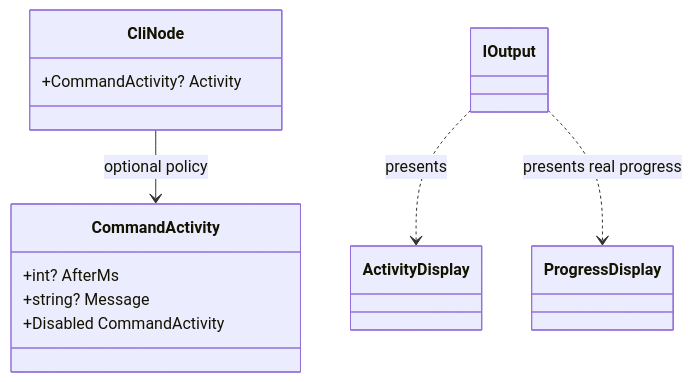
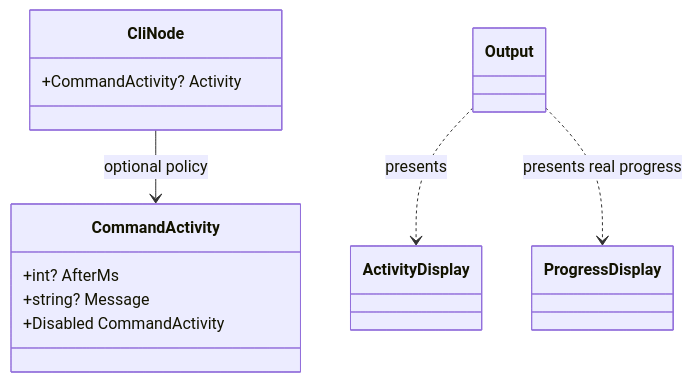
One commit to R3Neer/R3CLI changed the diagram in docs/command-system/automatic-activity.md. Above: the diagram before and after it, drawn with Mermaid. The commit also changed 52 other files, not shown here.

Commit message:
docs: define scoped output and Spectre rendering architecture

````diff
--- a/docs/command-system/automatic-activity.md
+++ b/docs/command-system/automatic-activity.md
@@ -70,17 +70,17 @@
 ```mermaid
 classDiagram
     class CommandActivity {
         +int? AfterMs
         +string? Message
         +Disabled CommandActivity
     }
     class CliNode {
         +CommandActivity? Activity
     }
     class ActivityDisplay
     class ProgressDisplay
-    class IOutput
+    class Output
     CliNode --> CommandActivity : optional policy
-    IOutput ..> ActivityDisplay : presents
-    IOutput ..> ProgressDisplay : presents real progress
+    Output ..> ActivityDisplay : presents
+    Output ..> ProgressDisplay : presents real progress
 ```
````
